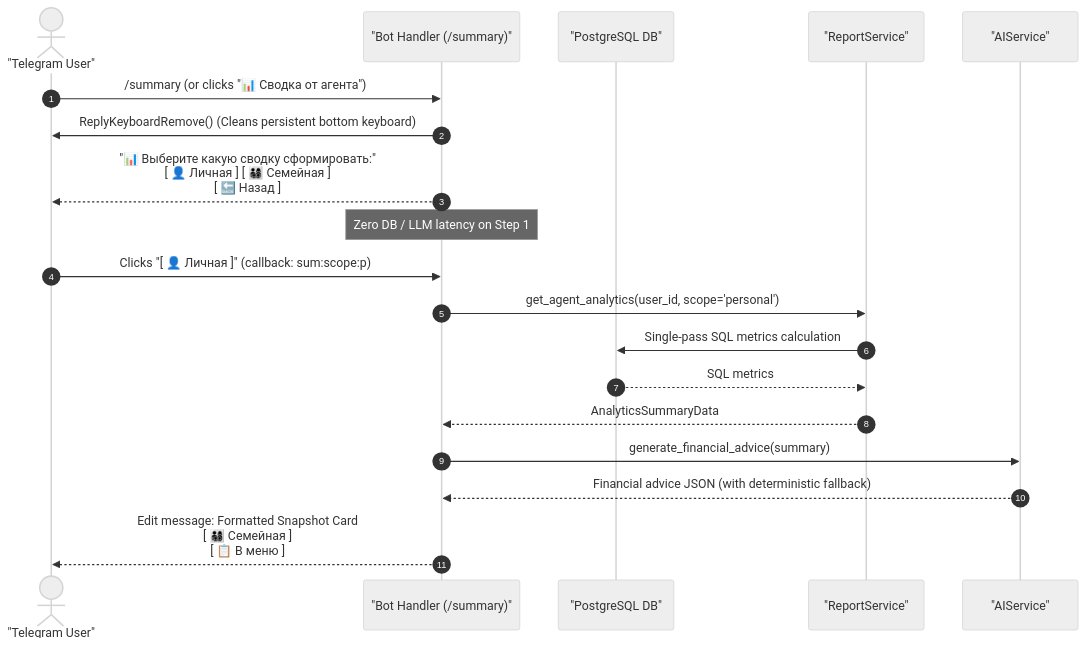
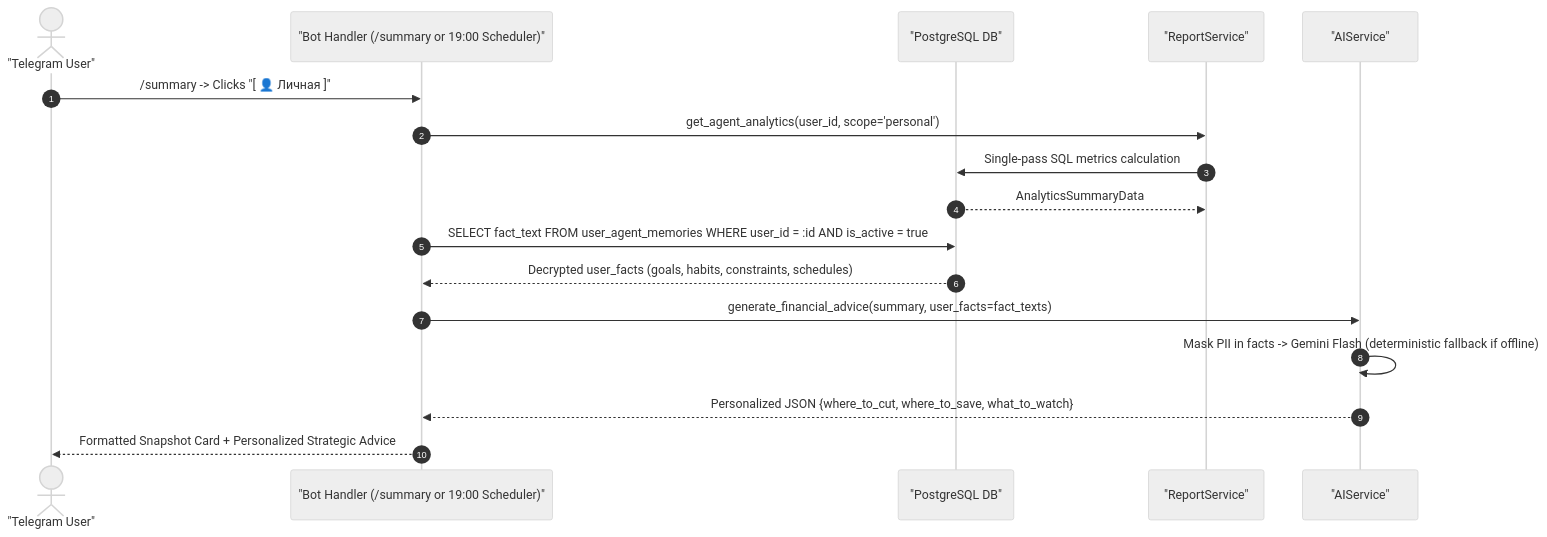
The seventh of 8 diagrams in ARCHITECTURE.md (AntonioKolosov/smart-bujet), drawn with Mermaid (neutral theme) before and after one commit. The commit also changed other lines of this file and 24 other files, not shown here.

Commit message:
feat(release): deploy personalization, Argon security & performance optimizations, enforce /start user agreement, and bump ARCHITECTURE.md to v2.7.0

````diff
--- a/ARCHITECTURE.md
+++ b/ARCHITECTURE.md
@@ -409,24 +375,20 @@
 ```mermaid
 sequenceDiagram
     autonumber
     actor User as "Telegram User"
-    participant Bot as "Bot Handler (/summary)"
+    participant Bot as "Bot Handler (/summary or 19:00 Scheduler)"
     participant DB as "PostgreSQL DB"
     participant RS as "ReportService"
     participant AI as "AIService"
 
-    User->>Bot: /summary (or clicks "📊 Сводка от агента")
-    Bot->>User: ReplyKeyboardRemove() (Cleans persistent bottom keyboard)
-    Bot-->>User: "📊 Выберите какую сводку сформировать:"<br/>[ 👤 Личная ] [ 👨‍👩‍👧‍👦 Семейная ]<br/>[ 🔙 Назад ]
-    Note over Bot: Zero DB / LLM latency on Step 1
-
-    User->>Bot: Clicks "[ 👤 Личная ]" (callback: sum:scope:p)
+    User->>Bot: /summary -> Clicks "[ 👤 Личная ]"
     Bot->>RS: get_agent_analytics(user_id, scope='personal')
     RS->>DB: Single-pass SQL metrics calculation
-    DB-->>RS: SQL metrics
-    RS-->>Bot: AnalyticsSummaryData
-
-    Bot->>AI: generate_financial_advice(summary)
-    AI-->>Bot: Financial advice JSON (with deterministic fallback)
-    Bot-->>User: Edit message: Formatted Snapshot Card<br/>[ 👨‍👩‍👧‍👦 Семейная ]<br/>[ 📋 В меню ]
+    DB-->>RS: AnalyticsSummaryData
+    Bot->>DB: SELECT fact_text FROM user_agent_memories WHERE user_id = :id AND is_active = true
+    DB-->>Bot: Decrypted user_facts (goals, habits, constraints, schedules)
+    Bot->>AI: generate_financial_advice(summary, user_facts=fact_texts)
+    AI->>AI: Mask PII in facts -> Gemini Flash (deterministic fallback if offline)
+    AI-->>Bot: Personalized JSON {where_to_cut, where_to_save, what_to_watch}
+    Bot-->>User: Formatted Snapshot Card + Personalized Strategic Advice
 ```
````
